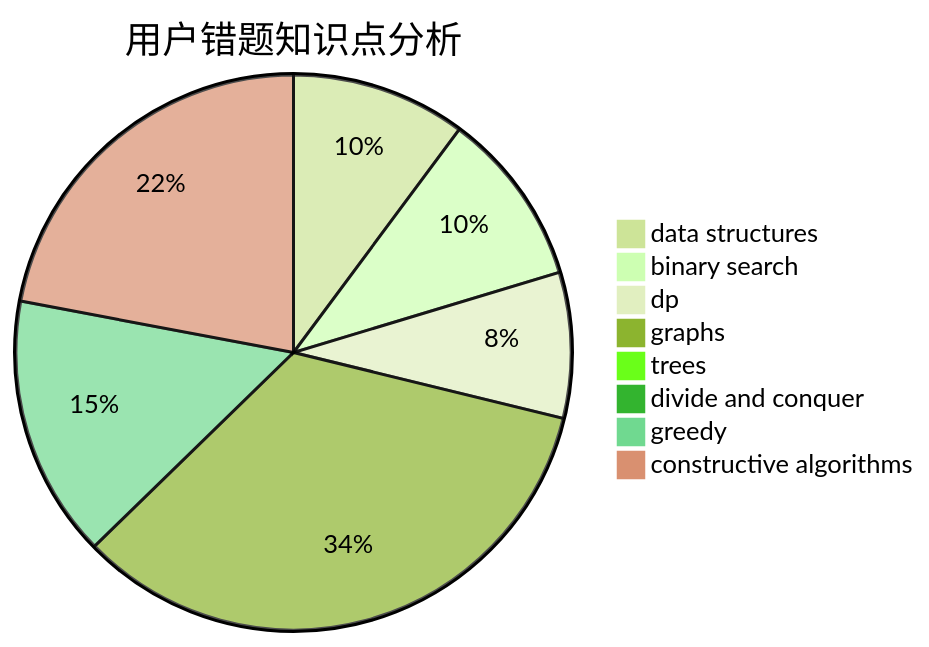
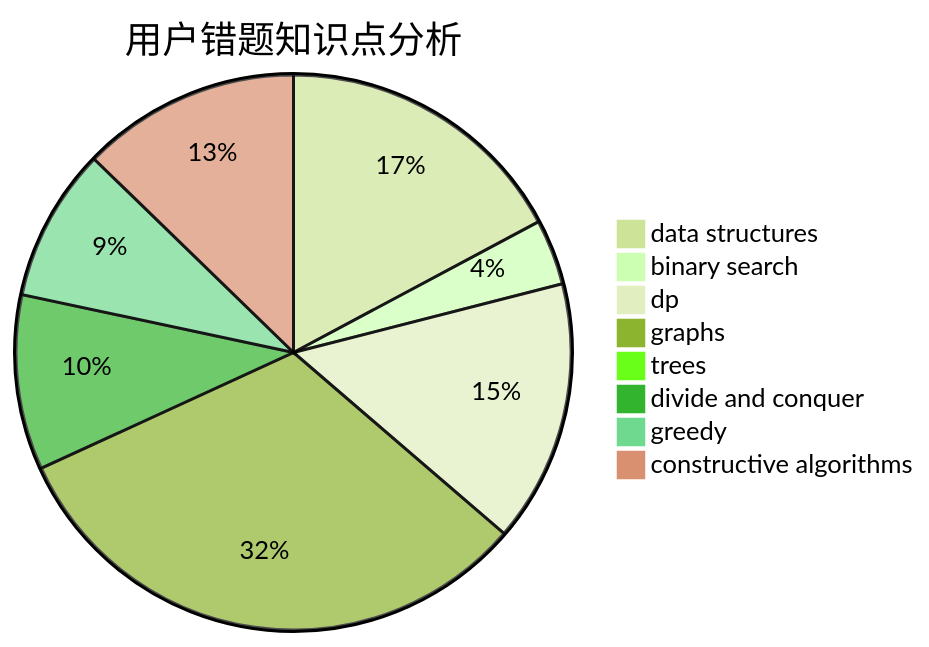
One commit to sherpahu/cfrs.github.io changed the third of 3 diagrams in docs/user/u1554.md. Above: the diagram before and after it, drawn with Mermaid (forest theme). The commit also changed other lines of this file and 2770 other files, not shown here.

````diff
--- a/docs/user/u1554.md
+++ b/docs/user/u1554.md
@@ -36,11 +36,11 @@
 ```mermaid
 pie title 用户错题知识点分析
-    "data structures" :  6
+    "data structures" :  27
     "binary search" :  6
-    "dp" :  5
-    "graphs" :  20
+    "dp" :  24
+    "graphs" :  50
     "trees" :  0
-    "divide and conquer" :  0
-    "greedy" :  9
-    "constructive algorithms" :  13
+    "divide and conquer" :  16
+    "greedy" :  14
+    "constructive algorithms" :  20
 ```
````
